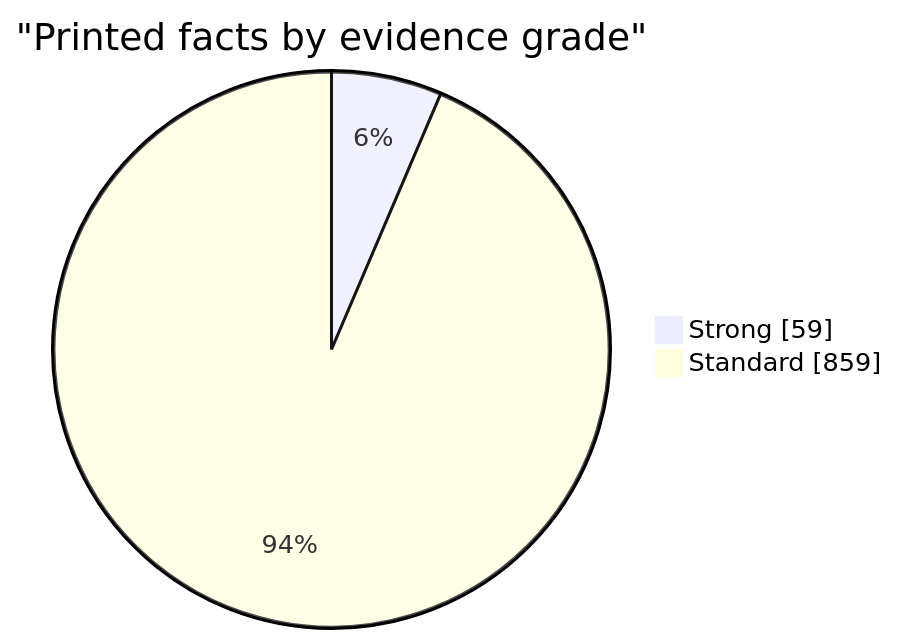
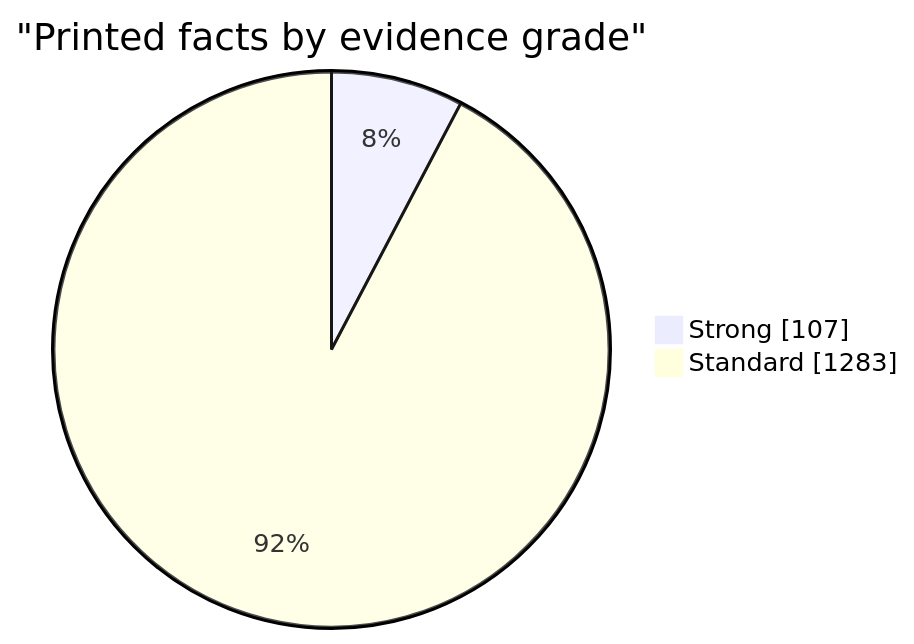
One commit to EU27-data-sovereignty/eu27-data-sovereignty changed the first of 5 diagrams in docs/evidence.md. Above: the diagram before and after it, drawn with Mermaid. The commit also changed other lines of this file and 146 other files, not shown here.

````diff
--- a/docs/evidence.md
+++ b/docs/evidence.md
@@ -17,6 +18,6 @@
 ```mermaid
 pie showData
   title "Printed facts by evidence grade"
-  "Strong" : 59
-  "Standard" : 859
+  "Strong" : 107
+  "Standard" : 1283
 ```
````
